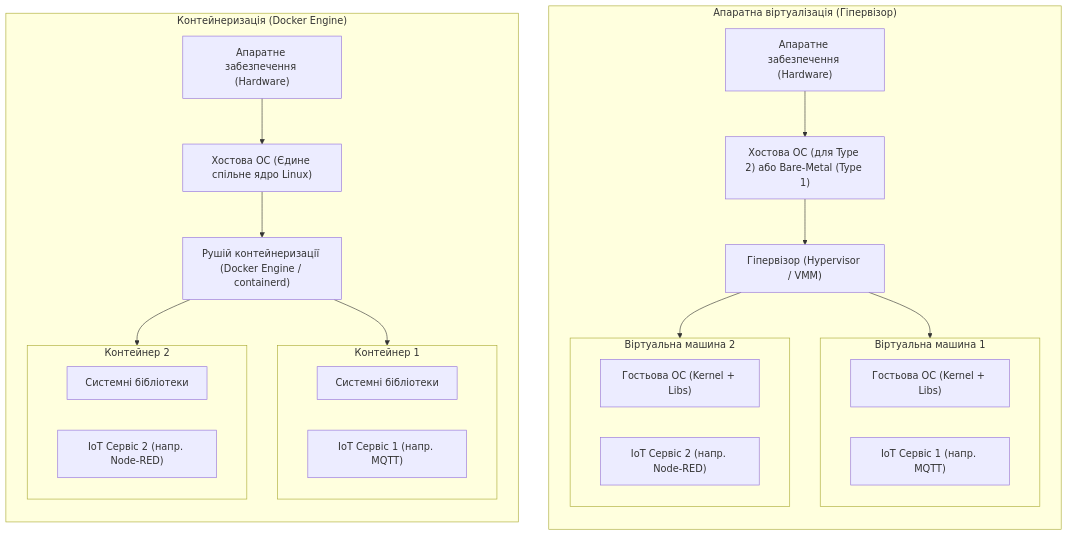
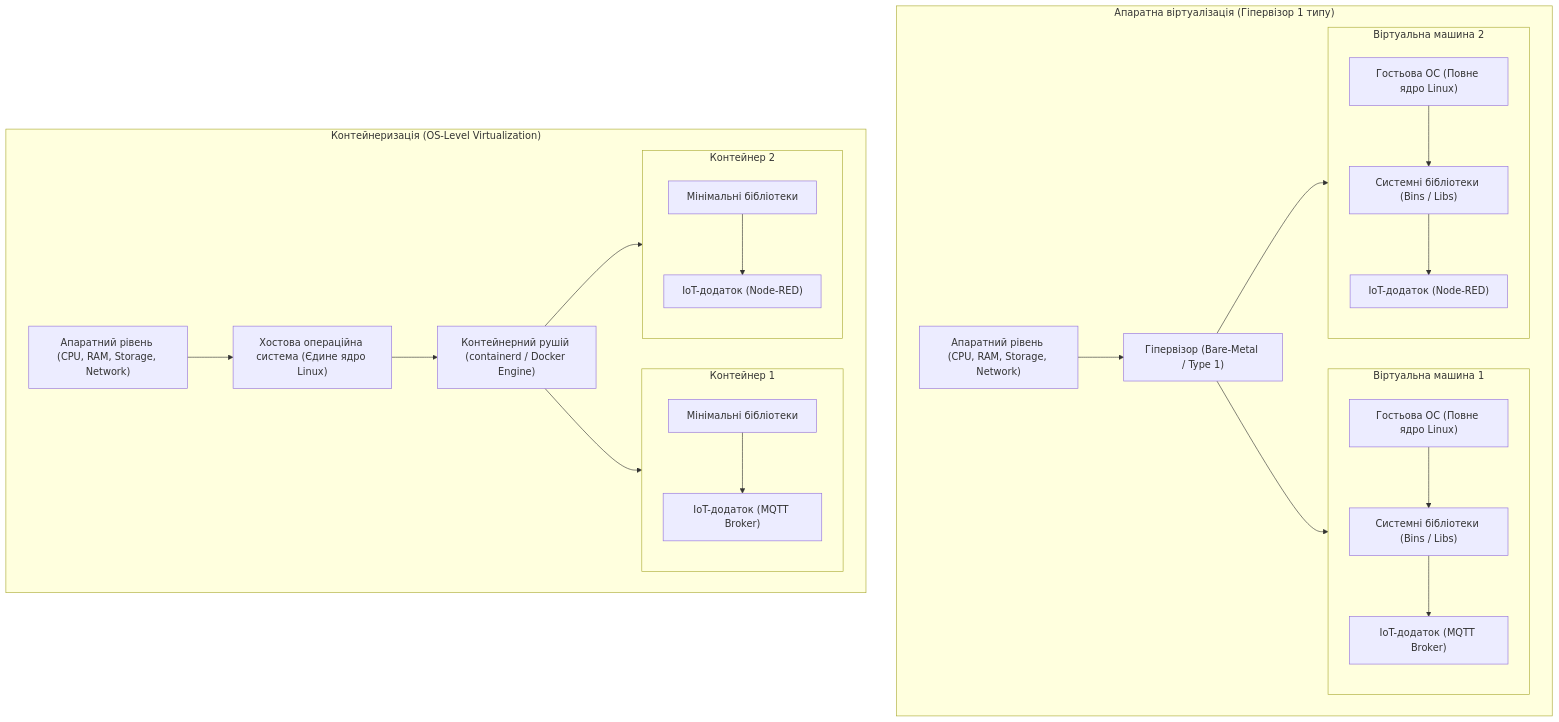
The second of 4 diagrams in docs/lk/lk9.md (KyryloVadurin/iot-technologies), drawn with Mermaid before and after one commit. The commit also changed other lines of this file, not shown here.

````diff
--- a/docs/lk/lk9.md
+++ b/docs/lk/lk9.md
@@ -13,44 +65,47 @@
 ```mermaid
 flowchart TD
-    subgraph HypervisorArch["Апаратна віртуалізація (Гіпервізор)"]
-        direction TB
-        HW1["Апаратне забезпечення (Hardware)"]
-        HOST_OS1["Хостова ОС (для Type 2) або Bare-Metal (Type 1)"]
-        HYP["Гіпервізор (Hypervisor / VMM)"]
+    subgraph AppVirt["Апаратна віртуалізація (Гіпервізор 1 типу)"]
+        HW1["Апаратний рівень (CPU, RAM, Storage, Network)"]
+        HYP1["Гіпервізор (Bare-Metal / Type 1)"]
         
         subgraph VM1["Віртуальна машина 1"]
-            GUEST_OS1["Гостьова ОС (Kernel + Libs)"]
-            APP1["IoT Сервіс 1 (напр. MQTT)"]
+            GOS1["Гостьова ОС (Повне ядро Linux)"]
+            LIB1["Системні бібліотеки (Bins / Libs)"]
+            APP1["IoT-додаток (MQTT Broker)"]
+            GOS1 --> LIB1 --> APP1
         end
         
         subgraph VM2["Віртуальна машина 2"]
-            GUEST_OS2["Гостьова ОС (Kernel + Libs)"]
-            APP2["IoT Сервіс 2 (напр. Node-RED)"]
+            GOS2["Гостьова ОС (Повне ядро Linux)"]
+            LIB2["Системні бібліотеки (Bins / Libs)"]
+            APP2["IoT-додаток (Node-RED)"]
+            GOS2 --> LIB2 --> APP2
         end
         
-        HW1 --> HOST_OS1 --> HYP
-        HYP --> VM1
-        HYP --> VM2
+        HW1 --> HYP1
+        HYP1 --> VM1
+        HYP1 --> VM2
     end
 
-    subgraph ContainerArch["Контейнеризація (Docker Engine)"]
-        direction TB
-        HW2["Апаратне забезпечення (Hardware)"]
-        HOST_OS2["Хостова ОС (Єдине спільне ядро Linux)"]
-        DOCKER["Рушій контейнеризації (Docker Engine / containerd)"]
+    subgraph ContVirt["Контейнеризація (OS-Level Virtualization)"]
+        HW2["Апаратний рівень (CPU, RAM, Storage, Network)"]
+        HOST_OS["Хостова операційна система (Єдине ядро Linux)"]
+        ENGINE["Контейнерний рушій (containerd / Docker Engine)"]
         
-        subgraph CONT1["Контейнер 1"]
-            LIBS1["Системні бібліотеки"]
-            APP3["IoT Сервіс 1 (напр. MQTT)"]
+        subgraph C1["Контейнер 1"]
+            CLIB1["Мінімальні бібліотеки"]
+            CAPP1["IoT-додаток (MQTT Broker)"]
+            CLIB1 --> CAPP1
         end
         
-        subgraph CONT2["Контейнер 2"]
-            LIBS2["Системні бібліотеки"]
-            APP4["IoT Сервіс 2 (напр. Node-RED)"]
+        subgraph C2["Контейнер 2"]
+            CLIB2["Мінімальні бібліотеки"]
+            CAPP2["IoT-додаток (Node-RED)"]
+            CLIB2 --> CAPP2
         end
         
-        HW2 --> HOST_OS2 --> DOCKER
-        DOCKER --> CONT1
-        DOCKER --> CONT2
+        HW2 --> HOST_OS --> ENGINE
+        ENGINE --> C1
+        ENGINE --> C2
     end
 ```
````
